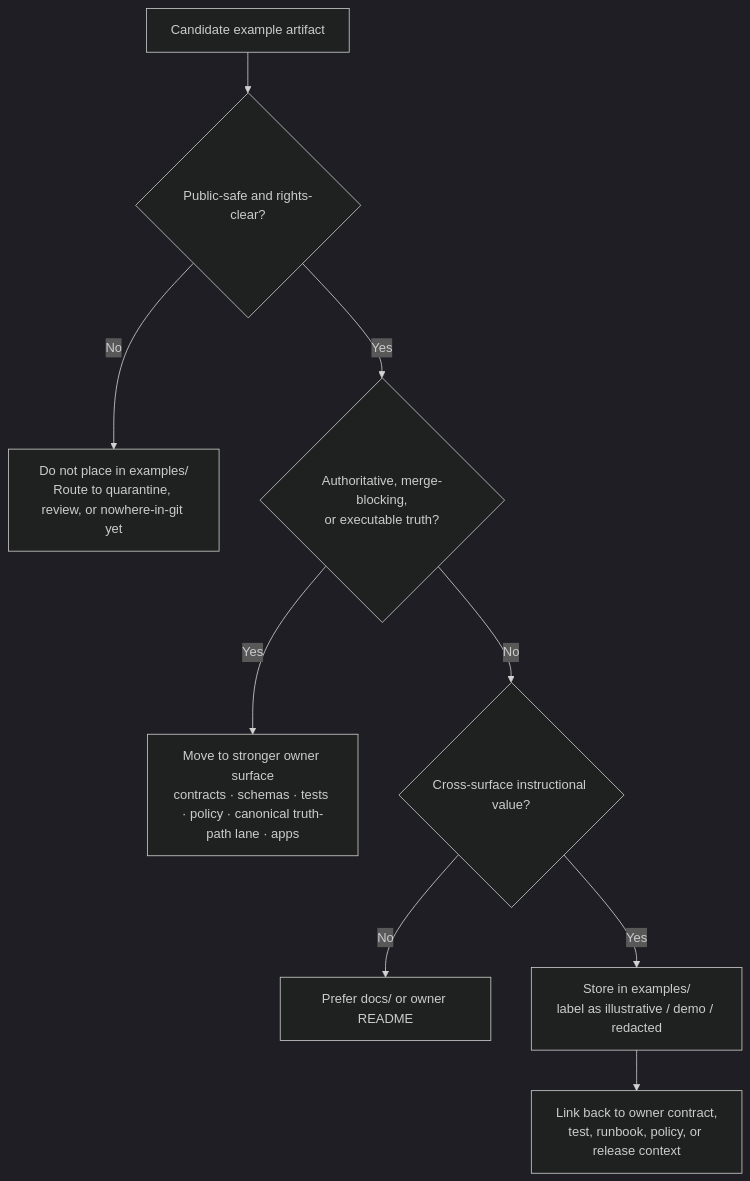
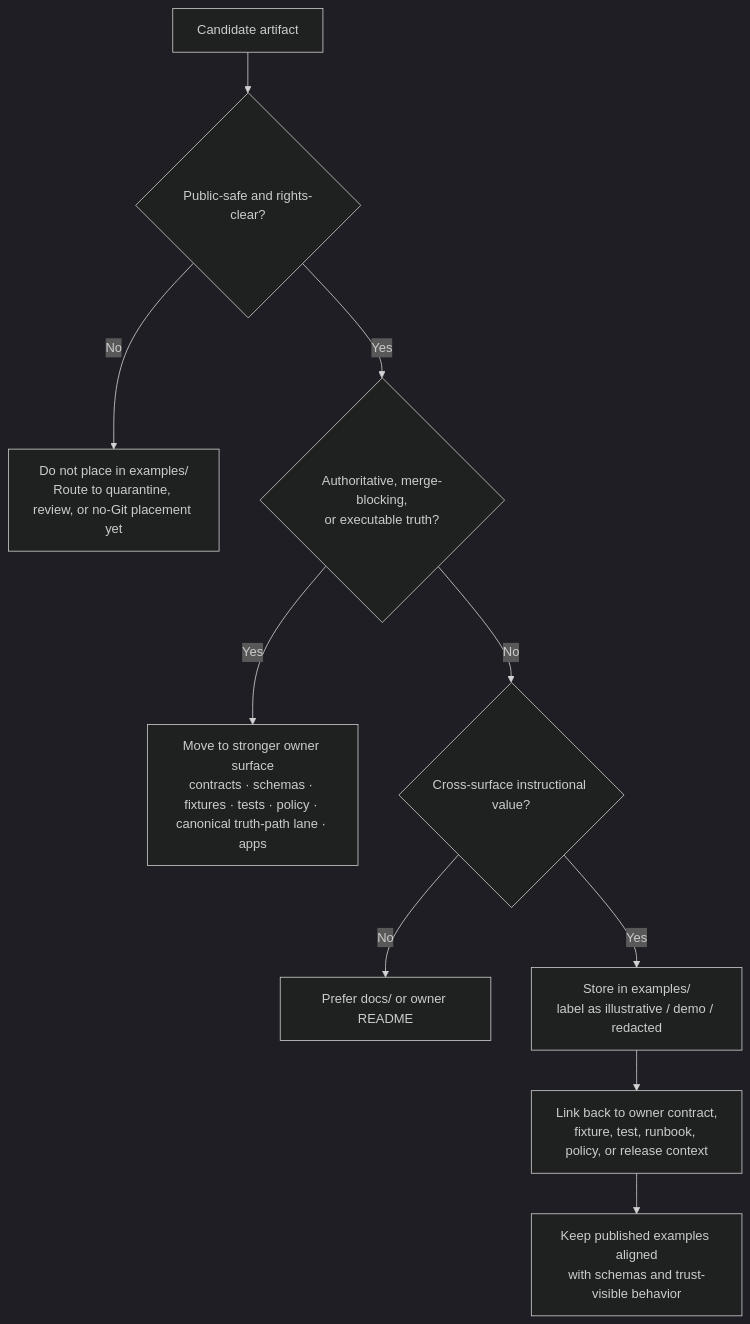
One commit to bartytime4life/Kansas-Frontier-Matrix changed the diagram in examples/README.md. Above: the diagram before and after it, drawn with Mermaid (dark theme). The commit also changed other lines of this file, not shown here.

````diff
--- a/examples/README.md
+++ b/examples/README.md
@@ -297,11 +314,12 @@
 ```mermaid
 flowchart TD
-    A[Candidate example artifact] --> B{Public-safe and rights-clear?}
-    B -- No --> X[Do not place in examples/<br/>Route to quarantine, review, or nowhere-in-git yet]
+    A[Candidate artifact] --> B{Public-safe and rights-clear?}
+    B -- No --> X[Do not place in examples/<br/>Route to quarantine, review, or no-Git placement yet]
     B -- Yes --> C{Authoritative, merge-blocking,<br/>or executable truth?}
-    C -- Yes --> D[Move to stronger owner surface<br/>contracts · schemas · tests · policy · canonical truth-path lane · apps]
+    C -- Yes --> D[Move to stronger owner surface<br/>contracts · schemas · fixtures · tests · policy · canonical truth-path lane · apps]
     C -- No --> E{Cross-surface instructional value?}
     E -- No --> F[Prefer docs/ or owner README]
     E -- Yes --> G[Store in examples/<br/>label as illustrative / demo / redacted]
-    G --> H[Link back to owner contract,<br/>test, runbook, policy, or release context]
+    G --> H[Link back to owner contract,<br/>fixture, test, runbook, policy, or release context]
+    H --> I[Keep published examples aligned<br/>with schemas and trust-visible behavior]
 ```
````
